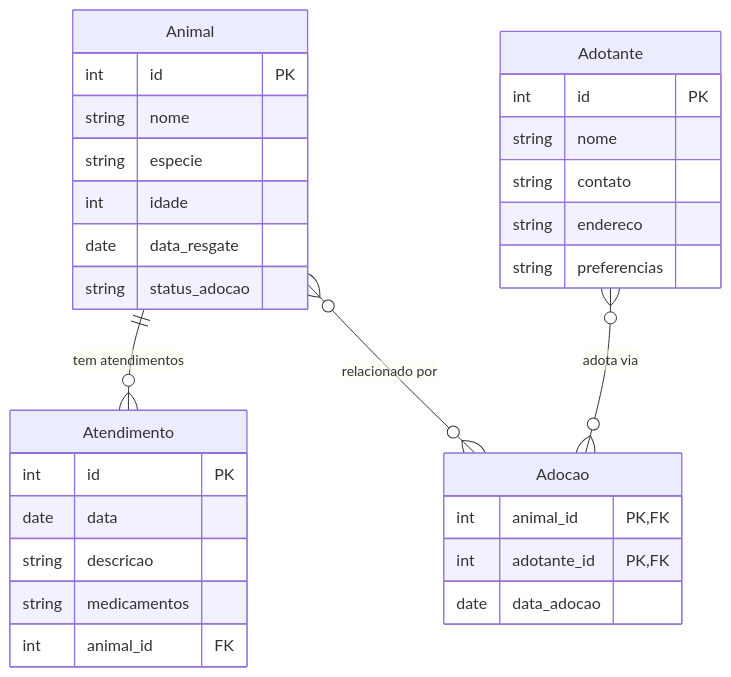
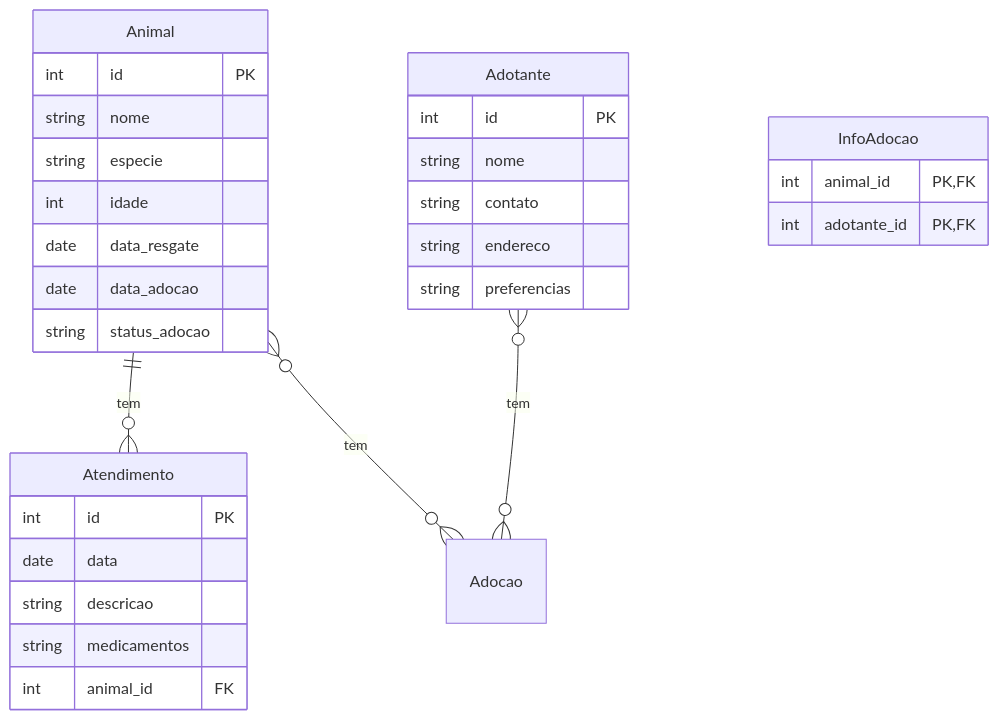
Before and after one commit to LuanaStanz/trab2_persistencia2025: the diagram in README.md, drawn with Mermaid.

Commit message:
Add adoption date to adoption info in README

````diff
--- a/README.md
+++ b/README.md
@@ -1,34 +1,34 @@
 ```mermaid
 erDiagram
     Animal {
         int id PK
         string nome
         string especie
         int idade
         date data_resgate
+        date data_adocao
         string status_adocao
     }
     Atendimento {
         int id PK
         date data
         string descricao
         string medicamentos
         int animal_id FK
     }
     Adotante {
         int id PK
         string nome
         string contato
         string endereco
         string preferencias
     }
-    Adocao {
+    InfoAdocao {
         int animal_id PK, FK
         int adotante_id PK, FK
-        date data_adocao
     }
-    Animal ||--o{ Atendimento : "tem atendimentos"
-    Animal }o--o{ Adocao : "relacionado por"
-    Adotante }o--o{ Adocao : "adota via"
+    Animal ||--o{ Atendimento : "tem"
+    Animal }o--o{ Adocao : "tem"
+    Adotante }o--o{ Adocao : "tem"
 
 ```
````
